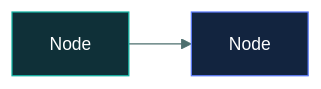
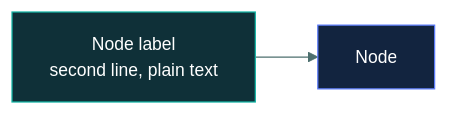
One commit to tarunTejaDesireddy/cc-exam-prep changed the diagram in _templates/TOPIC-TEMPLATE.md. Above: the diagram before and after it, drawn with Mermaid. The commit also changed 15 other files, not shown here.

First line of the commit message:
Fix clipped mermaid labels repo-wide; add privacy topic

````diff
--- a/_templates/TOPIC-TEMPLATE.md
+++ b/_templates/TOPIC-TEMPLATE.md
@@ -41,8 +41,9 @@
 ```mermaid
 %%{init: {'theme':'base','themeVariables':{'fontSize':'14px','lineColor':'#4d6f6e','textColor':'#dbe7e6'}}}%%
 flowchart LR
-    A["Node"] --> B["Node"]
+    A["Node label<br/>second line, plain text"] --> B["Node"]
+    %% No <sub> or <b> inside labels - GitHub clips them. Max ~30 chars per line.
 
     style A fill:#0f3038,stroke:#12B5A5,color:#fff
     style B fill:#12243f,stroke:#5C7CFA,color:#fff
 ```
````
